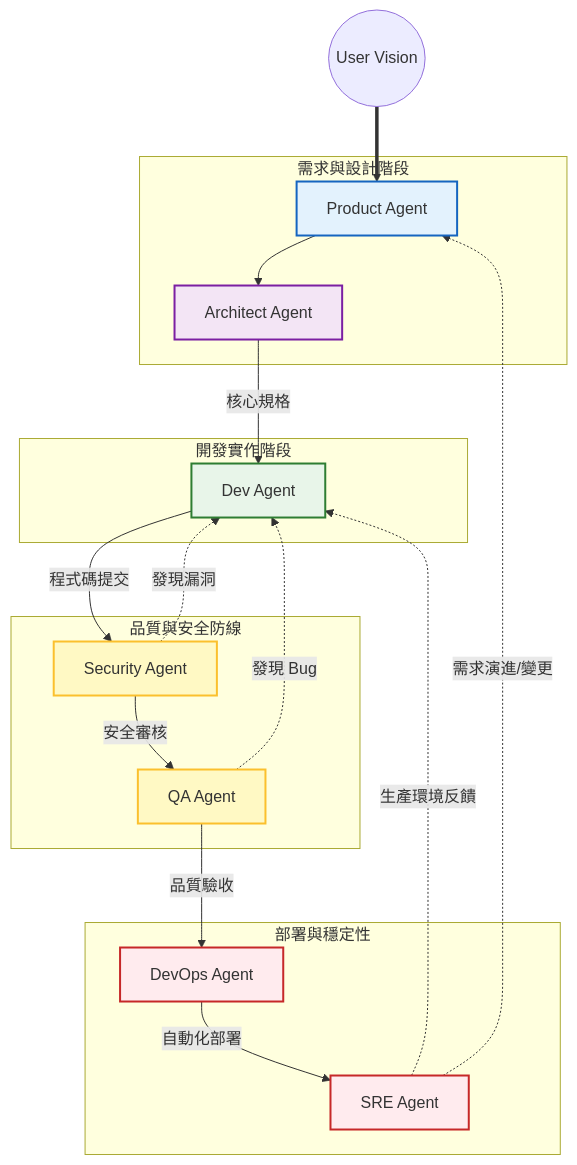
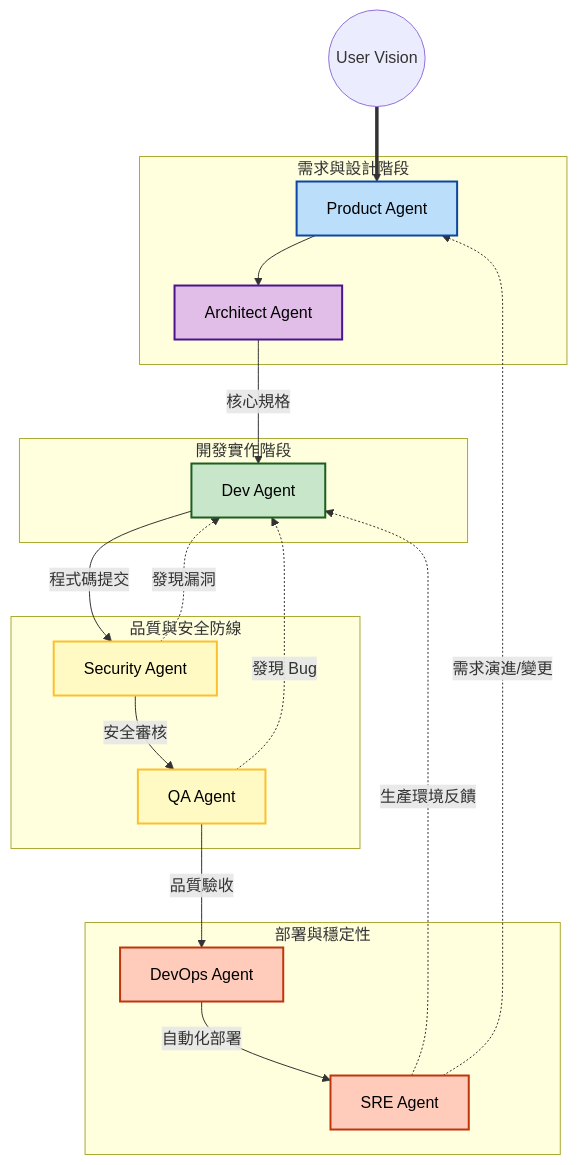
The diagram in docs/adlc/overview.md (landy35p/ADLC-project), drawn with Mermaid before and after one commit. The commit also changed 1 other file, not shown here.

Commit message:
style(adlc): 優化編排圖配色對比度並更新繪圖規範

````diff
--- a/docs/adlc/overview.md
+++ b/docs/adlc/overview.md
@@ -9,43 +9,43 @@
 ```mermaid
 graph TD
     User((User Vision)) ==> PM
 
     subgraph Planning [需求與設計階段]
         PM[Product Agent] --> Arch[Architect Agent]
     end
 
     subgraph Development [開發實作階段]
         Arch -- "核心規格" --> Dev[Dev Agent]
     end
 
     subgraph Validation [品質與安全防線]
         Dev -- "程式碼提交" --> Sec[Security Agent]
         Sec -- "安全審核" --> QA[QA Agent]
     end
 
     subgraph Delivery [部署與穩定性]
         QA -- "品質驗收" --> DevOps[DevOps Agent]
         DevOps -- "自動化部署" --> SRE[SRE Agent]
     end
 
     %% 內部快速回饋循環 (Inner Loops)
     Sec -. "發現漏洞" .-> Dev
     QA -. "發現 Bug" .-> Dev
 
     %% 外部長期閉環 (Outer Loops)
     SRE -. "生產環境反饋" .-> Dev
     SRE -. "需求演進/變更" .-> PM
 
-    %% 樣式美化
-    classDef primary fill:#e3f2fd,stroke:#1565c0,stroke-width:2px;
-    classDef secondary fill:#f3e5f5,stroke:#7b1fa2,stroke-width:2px;
-    classDef success fill:#e8f5e9,stroke:#2e7d32,stroke-width:2px;
-    classDef warning fill:#fff9c4,stroke:#fbc02d,stroke-width:2px;
-    classDef danger fill:#ffebee,stroke:#c62828,stroke-width:2px;
+    %% 樣式美化 (High Contrast for Light/Dark Modes)
+    classDef primary fill:#bbdefb,stroke:#0d47a1,stroke-width:2px,color:#000;
+    classDef secondary fill:#e1bee7,stroke:#4a148c,stroke-width:2px,color:#000;
+    classDef success fill:#c8e6c9,stroke:#1b5e20,stroke-width:2px,color:#000;
+    classDef warning fill:#fff9c4,stroke:#fbc02d,stroke-width:2px,color:#000;
+    classDef danger fill:#ffccbc,stroke:#bf360c,stroke-width:2px,color:#000;
 
     class PM primary;
     class Arch secondary;
     class Dev success;
     class Sec,QA warning;
     class DevOps,SRE danger;
 ```
````
